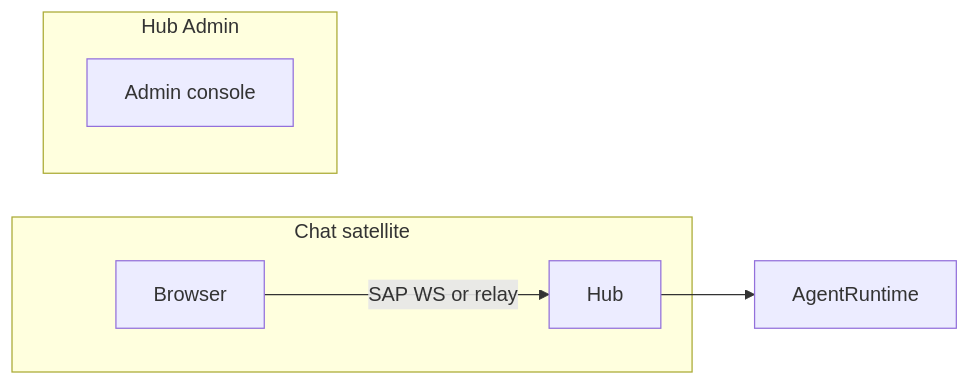
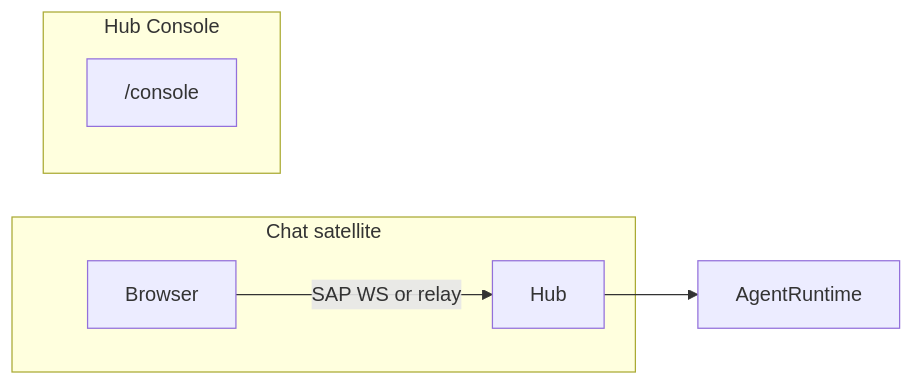
The first of 2 diagrams in docs/sap/overview.md (freeanima-org/freeanima), drawn with Mermaid before and after one commit. The commit also changed other lines of this file and 458 other files, not shown here.

First line of the commit message:
refactor(console): admin 命名统一为 console 并同步 Hub 多传输

````diff
--- a/docs/sap/overview.md
+++ b/docs/sap/overview.md
@@ -19,10 +19,10 @@
 ```mermaid
 flowchart LR
   subgraph chat [Chat satellite]
     B1[Browser] -->|SAP WS or relay| Hub
   end
   Hub --> Runtime[AgentRuntime]
-  subgraph hubAdmin [Hub Admin]
-    Admin[Admin console]
+  subgraph hubConsole [Hub Console]
+    Console["/console"]
   end
 ```
````
